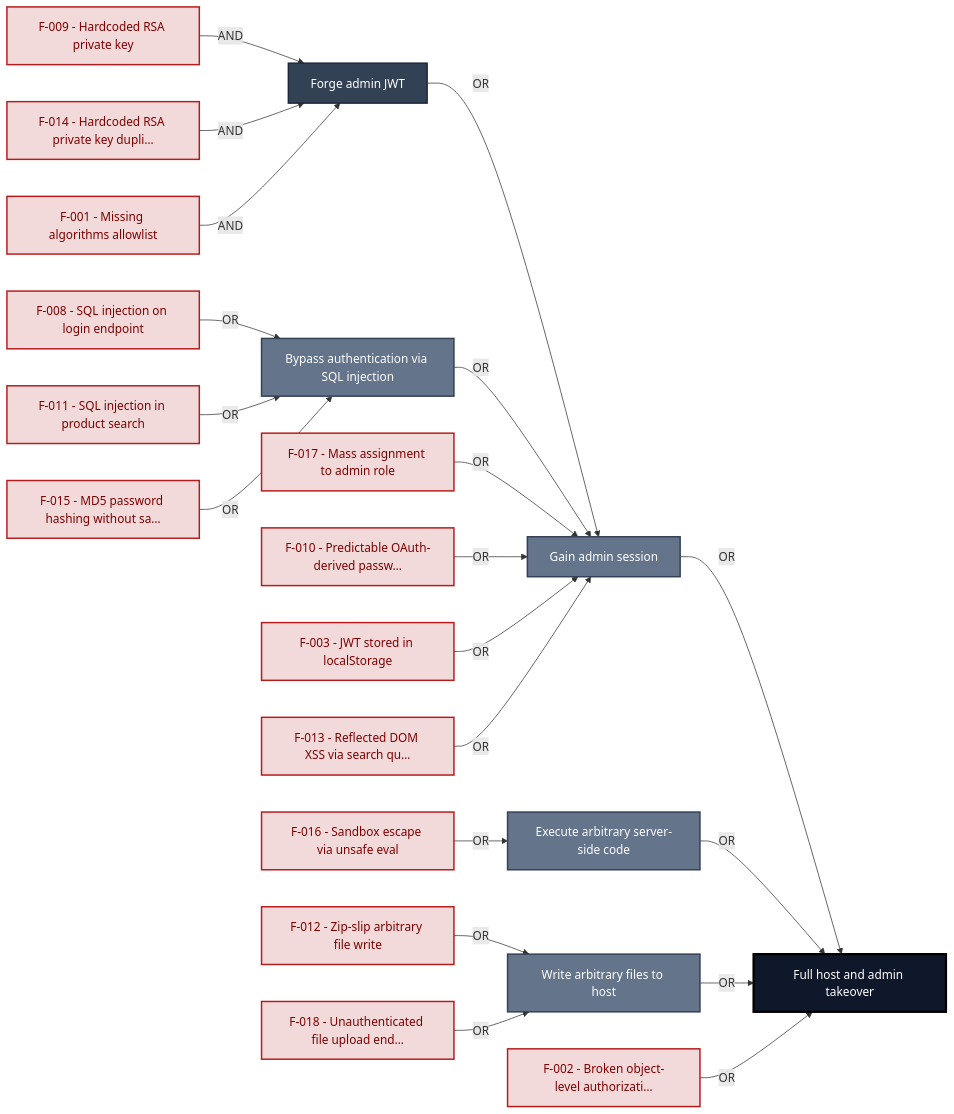
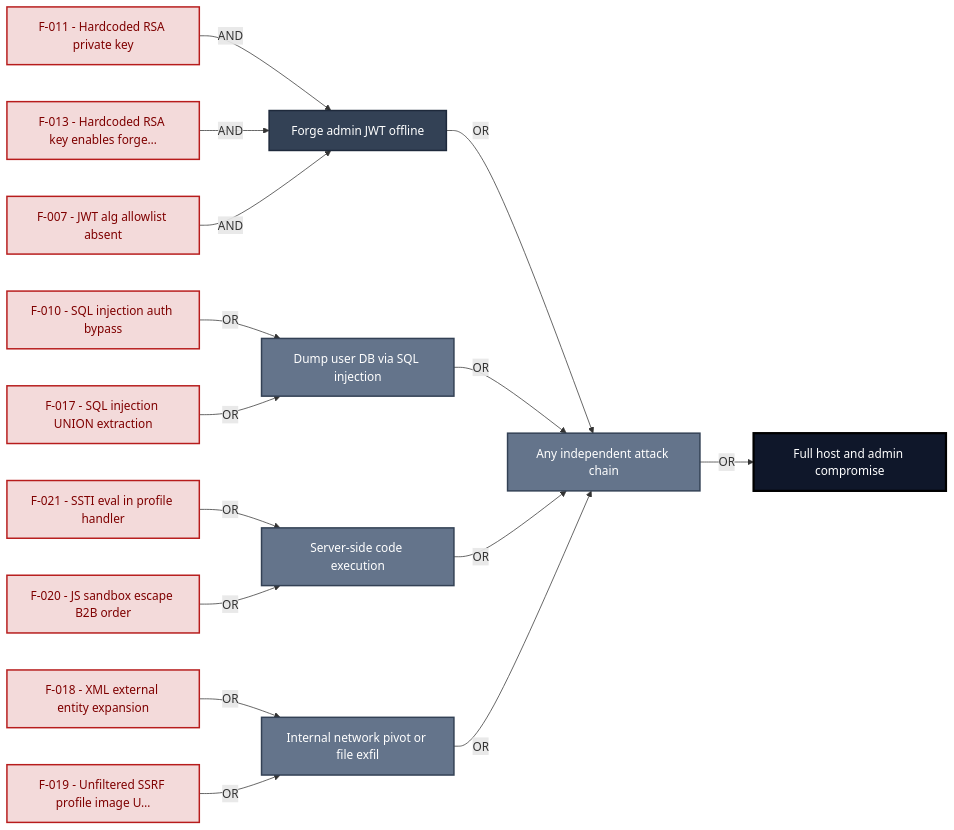
The third of 28 diagrams in examples/threat-modeler/threat-model-juice-shop-standard.md (appsec-foundry/appsec-advisor), drawn with Mermaid before and after one commit. The commit also changed other lines of this file and 12 other files, not shown here.

````diff
--- a/examples/threat-modeler/threat-model-juice-shop-standard.md
+++ b/examples/threat-modeler/threat-model-juice-shop-standard.md
@@ -344,48 +324,38 @@
 ```mermaid
 graph LR
-    G_ROOT["Full host and admin takeover"]:::goal
-    OR_ADMIN["Gain admin session"]:::or_node
-    AND_JWT_FORGE["Forge admin JWT"]:::and_node
-    OR_SQLI["Bypass authentication via SQL injection"]:::or_node
-    OR_EXEC["Execute arbitrary server-side code"]:::or_node
-    OR_WRITE["Write arbitrary files to host"]:::or_node
-    L_T009["F-009 - Hardcoded RSA private key"]:::leaf
-    L_T001["F-001 - Missing algorithms allowlist"]:::leaf
-    L_T008["F-008 - SQL injection on login endpoint"]:::leaf
-    L_T011["F-011 - SQL injection in product search"]:::leaf
-    L_T015["F-015 - MD5 password hashing without sa…"]:::leaf
-    L_T016["F-016 - Sandbox escape via unsafe eval"]:::leaf
-    L_T012["F-012 - Zip-slip arbitrary file write"]:::leaf
-    L_T018["F-018 - Unauthenticated file upload end…"]:::leaf
-    L_T017["F-017 - Mass assignment to admin role"]:::leaf
-    L_T002["F-002 - Broken object-level authorizati…"]:::leaf
-    L_T003["F-003 - JWT stored in localStorage"]:::leaf
-    L_T010["F-010 - Predictable OAuth-derived passw…"]:::leaf
-    L_T013["F-013 - Reflected DOM XSS via search qu…"]:::leaf
-    L_T014["F-014 - Hardcoded RSA private key dupli…"]:::leaf
+    G_ROOT["Full host and admin compromise"]:::goal
+    OR_PATHS["Any independent attack chain"]:::or_node
+    AND_JWT["Forge admin JWT offline"]:::and_node
+    OR_SQL["Dump user DB via SQL injection"]:::or_node
+    OR_RCE["Server-side code execution"]:::or_node
+    OR_SSRF["Internal network pivot or file exfil"]:::or_node
+    L_T011["F-011 - Hardcoded RSA private key"]:::leaf
+    L_T013["F-013 - Hardcoded RSA key enables forge…"]:::leaf
+    L_T007["F-007 - JWT alg allowlist absent"]:::leaf
+    L_T010["F-010 - SQL injection auth bypass"]:::leaf
+    L_T017["F-017 - SQL injection UNION extraction"]:::leaf
+    L_T021["F-021 - SSTI eval in profile handler"]:::leaf
+    L_T020["F-020 - JS sandbox escape B2B order"]:::leaf
+    L_T018["F-018 - XML external entity expansion"]:::leaf
+    L_T019["F-019 - Unfiltered SSRF profile image U…"]:::leaf
 
-    OR_ADMIN -->|"OR"| G_ROOT
-    OR_EXEC -->|"OR"| G_ROOT
-    OR_WRITE -->|"OR"| G_ROOT
-    AND_JWT_FORGE -->|"OR"| OR_ADMIN
-    OR_SQLI -->|"OR"| OR_ADMIN
-    L_T017 -->|"OR"| OR_ADMIN
-    L_T010 -->|"OR"| OR_ADMIN
-    L_T009 -->|"AND"| AND_JWT_FORGE
-    L_T014 -->|"AND"| AND_JWT_FORGE
-    L_T001 -->|"AND"| AND_JWT_FORGE
-    L_T008 -->|"OR"| OR_SQLI
-    L_T011 -->|"OR"| OR_SQLI
-    L_T015 -->|"OR"| OR_SQLI
-    L_T016 -->|"OR"| OR_EXEC
-    L_T012 -->|"OR"| OR_WRITE
-    L_T018 -->|"OR"| OR_WRITE
-    L_T002 -->|"OR"| G_ROOT
-    L_T003 -->|"OR"| OR_ADMIN
-    L_T013 -->|"OR"| OR_ADMIN
+    OR_PATHS -->|"OR"| G_ROOT
+    AND_JWT -->|"OR"| OR_PATHS
+    OR_SQL -->|"OR"| OR_PATHS
+    OR_RCE -->|"OR"| OR_PATHS
+    OR_SSRF -->|"OR"| OR_PATHS
+    L_T011 -->|"AND"| AND_JWT
+    L_T013 -->|"AND"| AND_JWT
+    L_T007 -->|"AND"| AND_JWT
+    L_T010 -->|"OR"| OR_SQL
+    L_T017 -->|"OR"| OR_SQL
+    L_T021 -->|"OR"| OR_RCE
+    L_T020 -->|"OR"| OR_RCE
+    L_T018 -->|"OR"| OR_SSRF
+    L_T019 -->|"OR"| OR_SSRF
 
     classDef goal fill:#0f172a,stroke:#000,color:#fff,stroke-width:3px
     classDef and_node fill:#334155,stroke:#1e293b,color:#fff,stroke-width:2px
     classDef or_node fill:#64748b,stroke:#334155,color:#fff,stroke-width:2px
     classDef leaf fill:#f3dada,stroke:#b71c1c,color:#7f0000,stroke-width:2px
 ```
````
